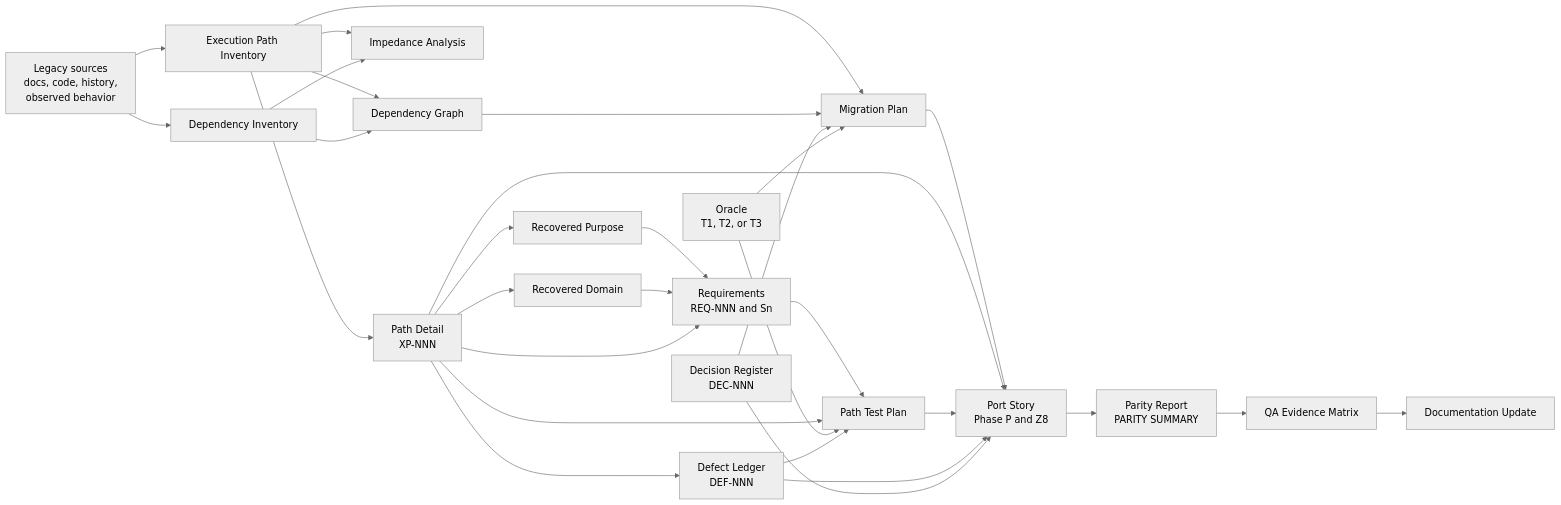
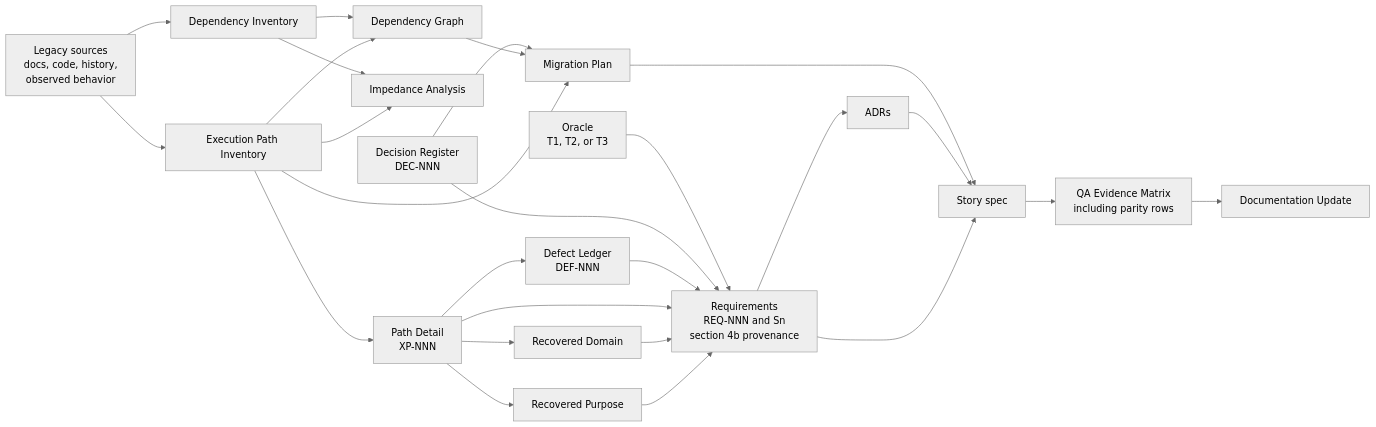
The second of 2 diagrams in TRACEABILITY.md (PhilipTeitel/Artifact-Driven-Development), drawn with Mermaid (neutral theme) before and after one commit. The commit also changed other lines of this file and 48 other files, not shown here.

````diff
--- a/TRACEABILITY.md
+++ b/TRACEABILITY.md
@@ -62,51 +62,46 @@
 ```mermaid
 flowchart LR
     legacySources["Legacy sources<br/>docs, code, history,<br/>observed behavior"]
     pathInv["Execution Path Inventory"]
     depInv["Dependency Inventory"]
     depGraph["Dependency Graph"]
     impedance["Impedance Analysis"]
     pathDetail["Path Detail<br/>XP-NNN"]
     defectLedger["Defect Ledger<br/>DEF-NNN"]
     decReg["Decision Register<br/>DEC-NNN"]
     oracle["Oracle<br/>T1, T2, or T3"]
     recoveredPurpose["Recovered Purpose"]
     recoveredDomain["Recovered Domain"]
-    requirements["Requirements<br/>REQ-NNN and Sn"]
-    testPlan["Path Test Plan"]
+    requirements["Requirements<br/>REQ-NNN and Sn<br/>section 4b provenance"]
+    adr["ADRs"]
     migrationPlan["Migration Plan"]
-    portStory["Port Story<br/>Phase P and Z8"]
-    parityReport["Parity Report<br/>PARITY SUMMARY"]
-    qaEvidence["QA Evidence Matrix"]
+    story["Story spec"]
+    qaEvidence["QA Evidence Matrix<br/>including parity rows"]
     docsUpdate["Documentation Update"]
 
     legacySources --> pathInv
     legacySources --> depInv
     pathInv --> depGraph
     depInv --> depGraph
     pathInv --> impedance
     depInv --> impedance
     pathInv --> pathDetail
     pathDetail --> defectLedger
     pathDetail --> recoveredPurpose
     pathDetail --> recoveredDomain
     recoveredPurpose --> requirements
     recoveredDomain --> requirements
     pathDetail --> requirements
-    requirements --> testPlan
-    pathDetail --> testPlan
-    oracle --> testPlan
-    defectLedger --> testPlan
+    defectLedger --> requirements
+    decReg --> requirements
+    oracle --> requirements
     pathInv --> migrationPlan
     depGraph --> migrationPlan
     decReg --> migrationPlan
-    oracle --> migrationPlan
-    migrationPlan --> portStory
-    pathDetail --> portStory
-    testPlan --> portStory
-    defectLedger --> portStory
-    decReg --> portStory
-    portStory --> parityReport
-    parityReport --> qaEvidence
+    requirements --> adr
+    requirements --> story
+    adr --> story
+    migrationPlan --> story
+    story --> qaEvidence
     qaEvidence --> docsUpdate
 ```
````
